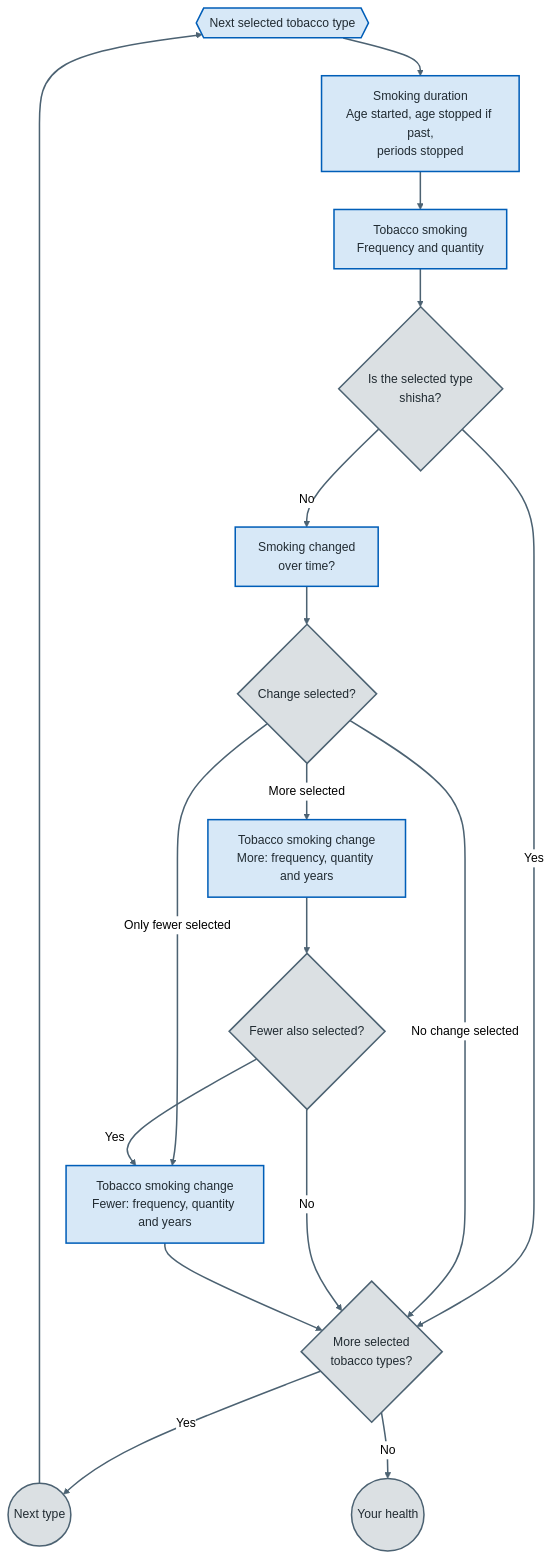
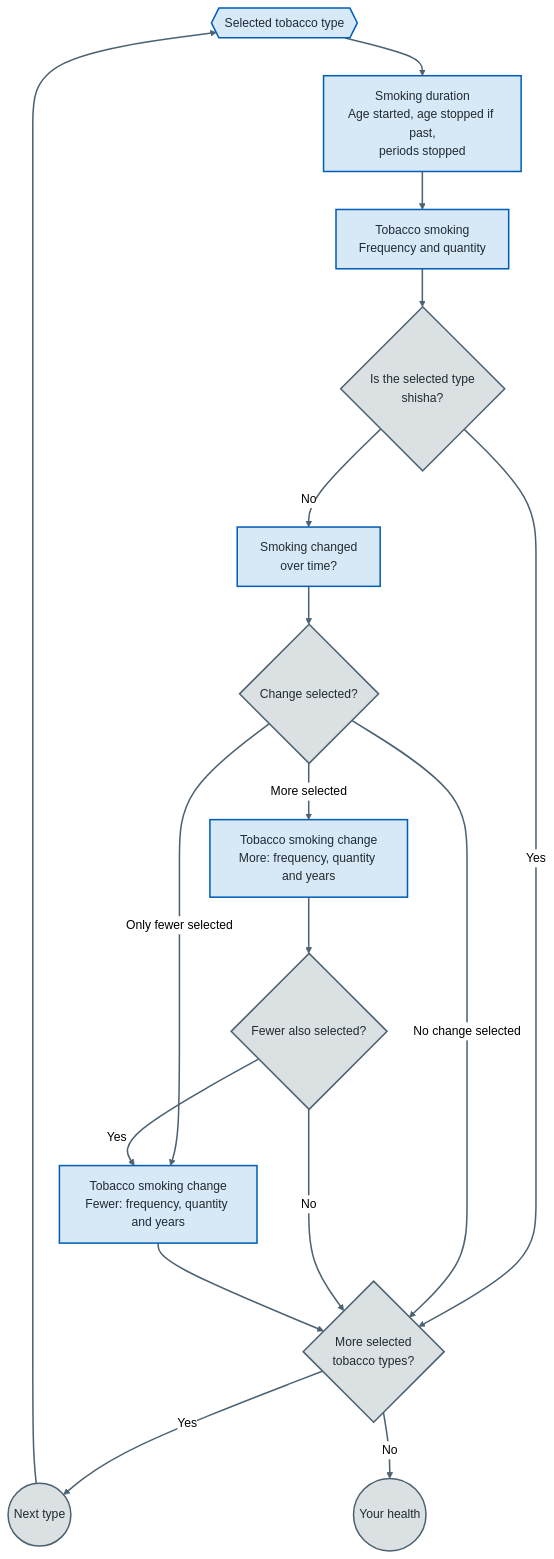
Before and after one commit to NHSDigital/prototype-lung-health-check: the second of 2 diagrams in app/prototype_v4_3/docs/question-flow.md, drawn with Mermaid (neutral theme). The commit also changed other lines of this file and 3 other files, not shown here.

Commit message:
Update flow diagram content

````diff
--- a/app/prototype_v4_3/docs/question-flow.md
+++ b/app/prototype_v4_3/docs/question-flow.md
@@ -98,30 +100,30 @@
 ```mermaid
 flowchart TD
-  selectedType{{Next selected tobacco type}} --> duration["Smoking duration<br>Age started, age stopped if past,<br>periods stopped"]
+  selectedType{{Selected tobacco type}} --> duration["Smoking duration<br>Age started, age stopped if past,<br>periods stopped"]
   duration --> tobaccoSmoking["Tobacco smoking<br>Frequency and quantity"]
 
   tobaccoSmoking --> isShisha{"Is the selected type<br>shisha?"}
   isShisha -- Yes --> moreTypes
   isShisha -- No --> changed["Smoking changed<br>over time?"]
 
   changed --> changedDecision{"Change selected?"}
   changedDecision -- No change selected --> moreTypes
   changedDecision -- More selected --> moreChange["Tobacco smoking change<br>More: frequency, quantity and years"]
   moreChange --> fewerSelected{"Fewer also selected?"}
 
   changedDecision -- Only fewer selected --> fewerChange["Tobacco smoking change<br>Fewer: frequency, quantity and years"]
   fewerSelected -- Yes --> fewerChange
   fewerSelected -- No --> moreTypes
   fewerChange --> moreTypes
 
   moreTypes{"More selected<br>tobacco types?"}
   moreTypes -- Yes --> nextType((Next type))
   nextType --> selectedType
   moreTypes -- No --> health((Your health))
   classDef controlFlow fill:#dbe0e3,stroke:#4c6272,color:#212b32,stroke-width:2px
   classDef process fill:#d7e8f7,stroke:#005eb8,color:#212b32,stroke-width:2px
   classDef data fill:#d9f3f0,stroke:#00a499,color:#212b32,stroke-width:2px
   linkStyle default stroke:#4c6272,stroke-width:2px
   class changedDecision,fewerSelected,health,isShisha,moreTypes,nextType controlFlow
   class changed,duration,fewerChange,moreChange,selectedType,tobaccoSmoking process
 ```
````
